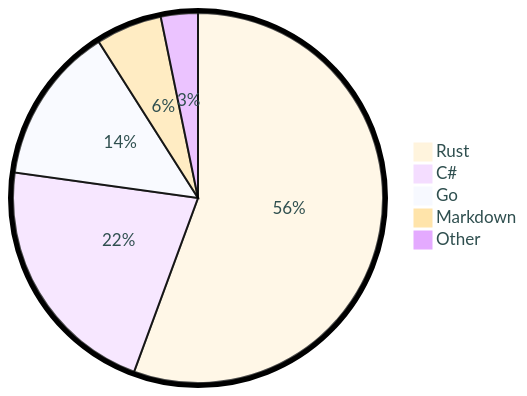
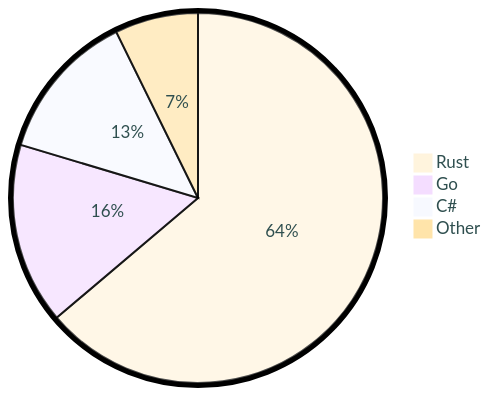
Before and after one commit to tot0p/tot0p: the diagram in README.md, drawn with Mermaid. The commit also changed other lines of this file, not shown here.

````diff
--- a/README.md
+++ b/README.md
@@ -79,9 +79,8 @@
 ```mermaid
 %%{init: {"pie": {"textPosition": 0.5}, "themeVariables": {"pieOuterStrokeWidth": "5px","primaryTextColor" : "#2F4F4F"},"theme":"base"} }%%
 pie
-	"Rust": 55.61
-	"C#": 21.59
-	"Go": 13.79
-	"Markdown": 5.78
-	"Other": 3.23
+	"Rust": 63.81
+	"Go": 15.82
+	"C#": 13.08
+	"Other": 7.280000000000001
 ```
````
